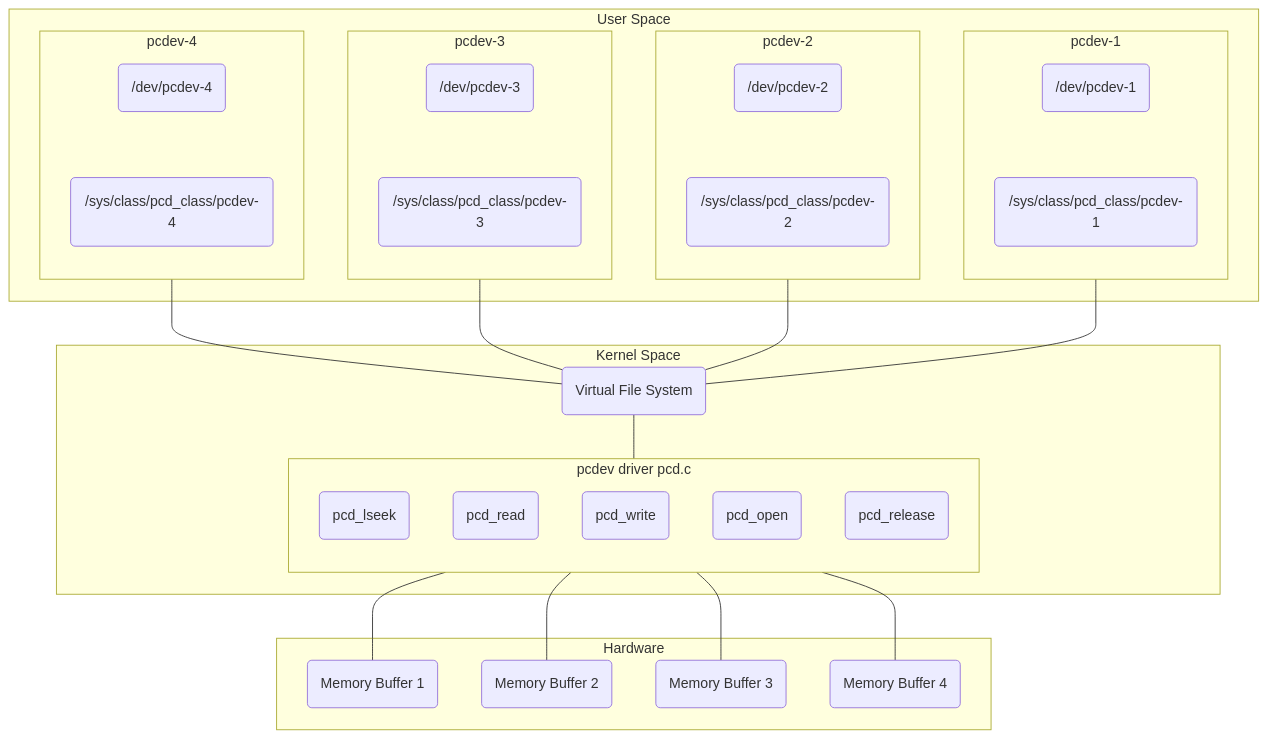
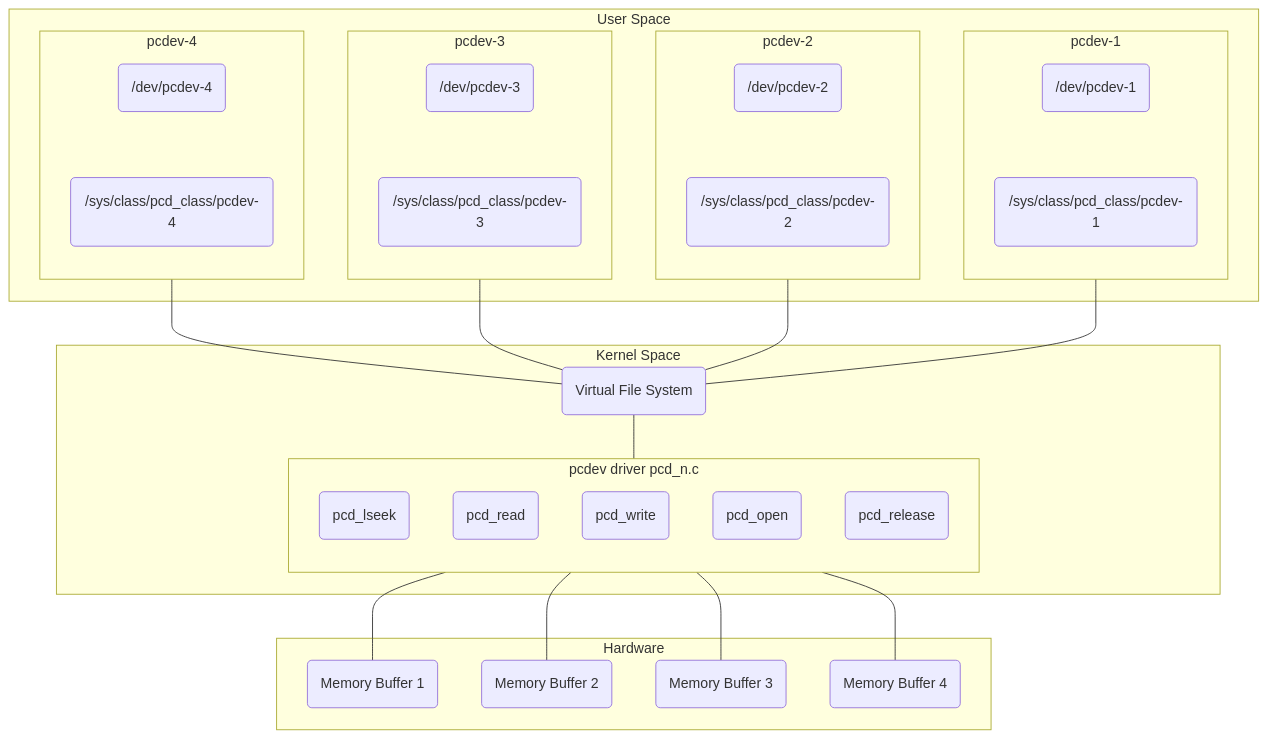
Before and after one commit to maherme/beaglebone-black-examples: the diagram in custom_drivers/pseudo_char_drv_multiple/README.md, drawn with Mermaid.

````diff
--- a/custom_drivers/pseudo_char_drv_multiple/README.md
+++ b/custom_drivers/pseudo_char_drv_multiple/README.md
@@ -22,45 +22,45 @@
 ```mermaid
   flowchart BT
     subgraph Hardware
       A1(Memory Buffer 1)
       A2(Memory Buffer 2)
       A3(Memory Buffer 3)
       A4(Memory Buffer 4)
     end
     subgraph Kernel Space
-      subgraph pcdev [pcdev driver pcd.c]
+      subgraph pcdev [pcdev driver pcd_n.c]
         B1(pcd_lseek)
         B2(pcd_read)
         B3(pcd_write)
         B4(pcd_open)
         B5(pcd_release)
       end
       A1 --- pcdev
       A2 --- pcdev
       A3 --- pcdev
       A4 --- pcdev
       pcdev --- C(Virtual File System)
     end
     subgraph User Space
       subgraph pcdev-1
         direction TB
         D(/dev/pcdev-1) ~~~ E(/sys/class/pcd_class/pcdev-1)
       end
       subgraph pcdev-2
         direction TB
         F(/dev/pcdev-2) ~~~ G(/sys/class/pcd_class/pcdev-2)
       end
       subgraph pcdev-3
         direction TB
         H(/dev/pcdev-3) ~~~ I(/sys/class/pcd_class/pcdev-3)
       end
       subgraph pcdev-4
         direction TB
         J(/dev/pcdev-4) ~~~ K(/sys/class/pcd_class/pcdev-4)
       end
     end
     C --- pcdev-1
     C --- pcdev-2
     C --- pcdev-3
     C --- pcdev-4
 ```
````
